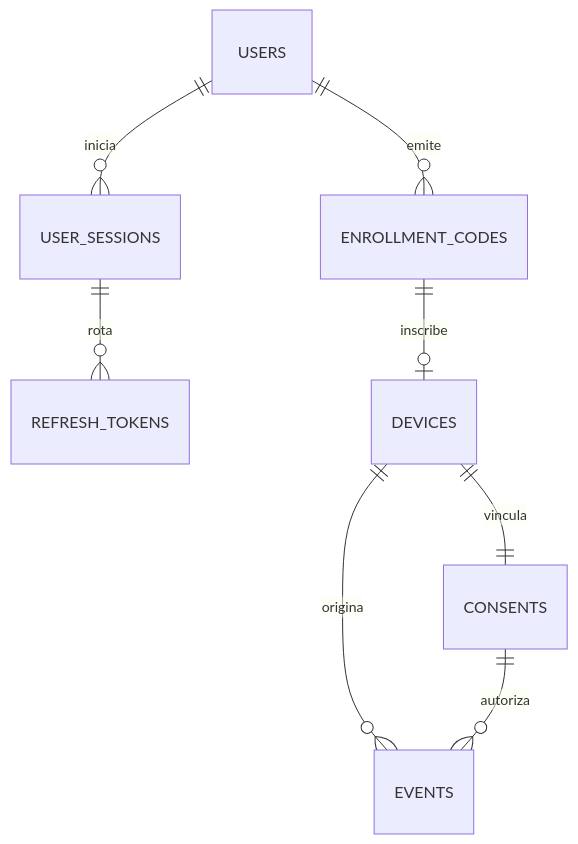
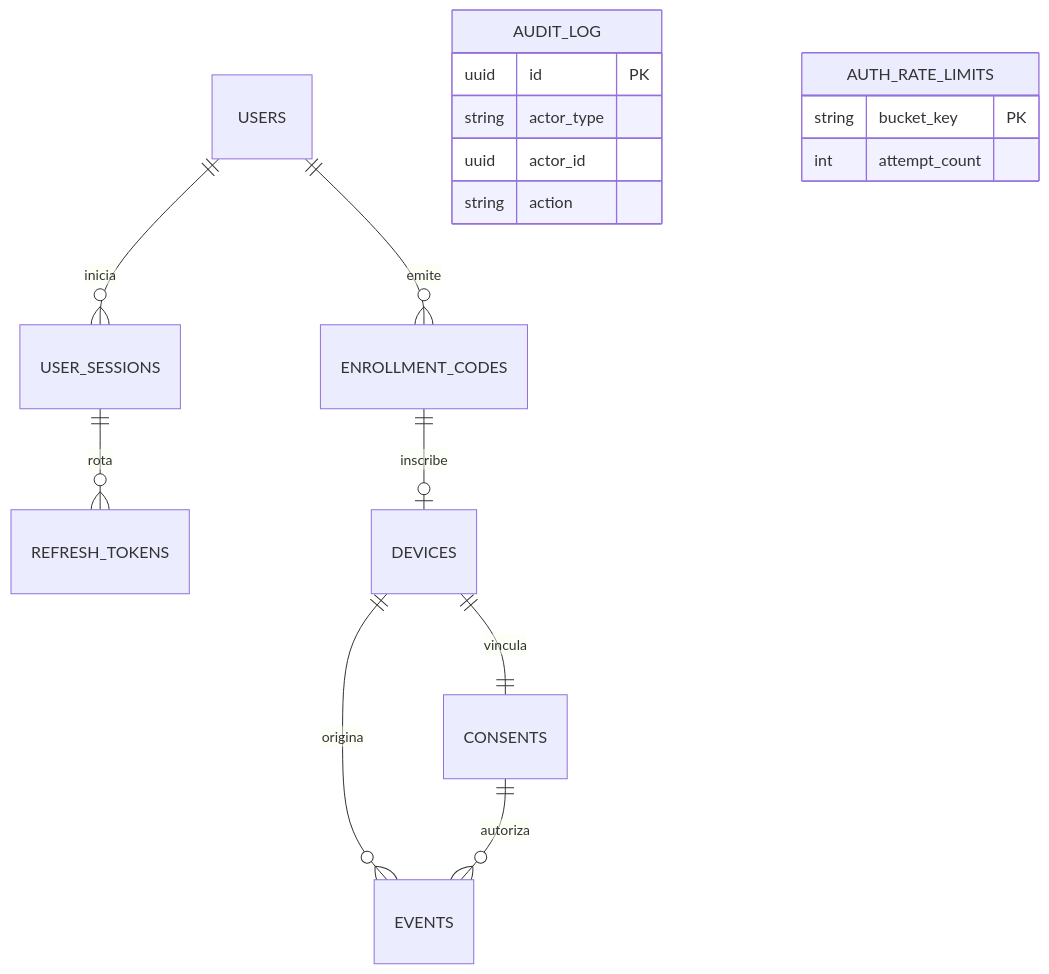
The diagram in docs/base-datos.md (Juanguz095/ProyectoDesarrolloMoviles), drawn with Mermaid before and after one commit. The commit also changed other lines of this file and 13 other files, not shown here.

Commit message:
Consolidate product context architecture and presentation material for current apps

````diff
--- a/docs/base-datos.md
+++ b/docs/base-datos.md
@@ -7,10 +10,20 @@
 ```mermaid
 erDiagram
     USERS ||--o{ USER_SESSIONS : inicia
     USER_SESSIONS ||--o{ REFRESH_TOKENS : rota
     USERS ||--o{ ENROLLMENT_CODES : emite
     ENROLLMENT_CODES ||--o| DEVICES : inscribe
     DEVICES ||--|| CONSENTS : vincula
     DEVICES ||--o{ EVENTS : origina
     CONSENTS ||--o{ EVENTS : autoriza
+    AUDIT_LOG {
+        uuid id PK
+        string actor_type
+        uuid actor_id
+        string action
+    }
+    AUTH_RATE_LIMITS {
+        string bucket_key PK
+        int attempt_count
+    }
 ```
````
